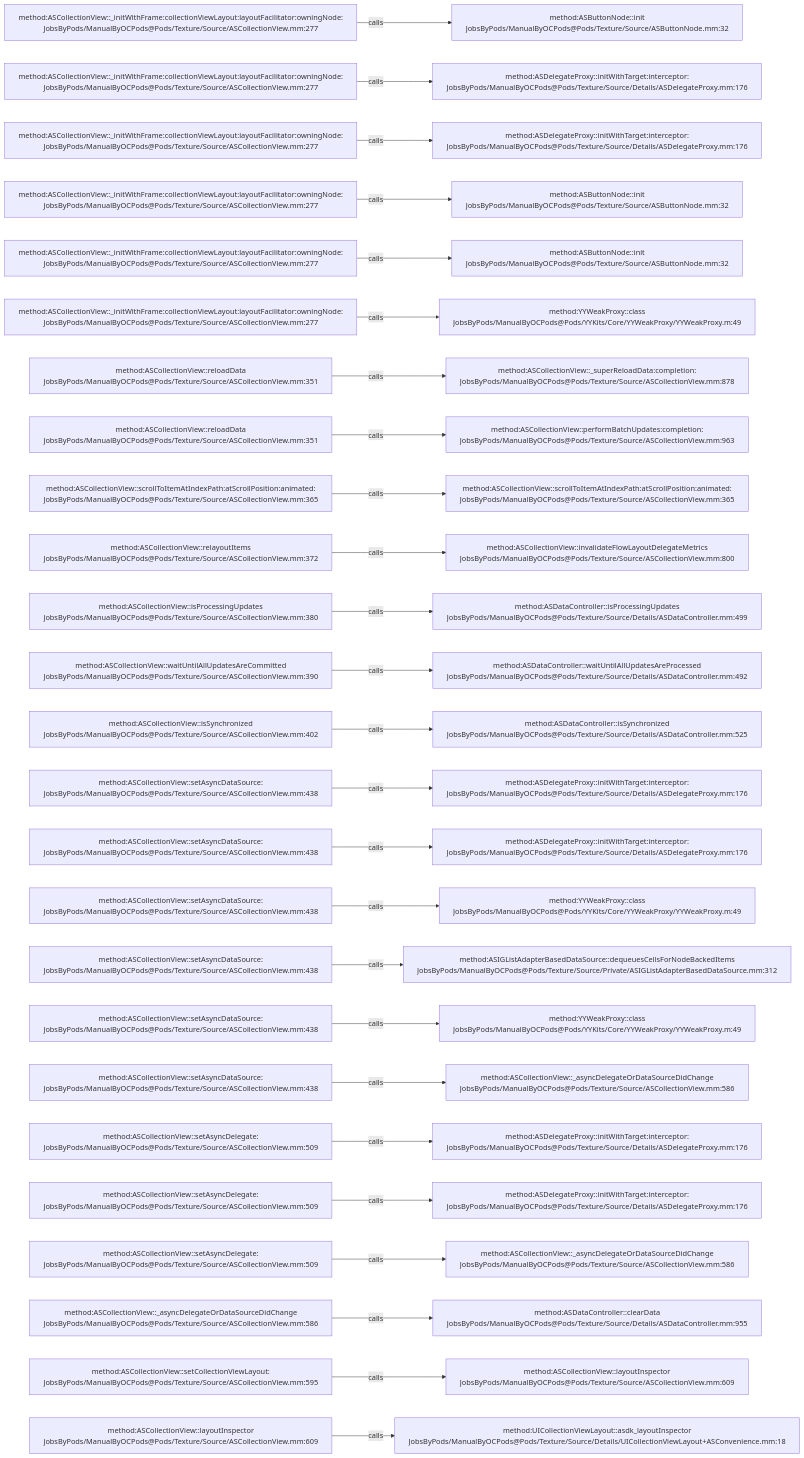
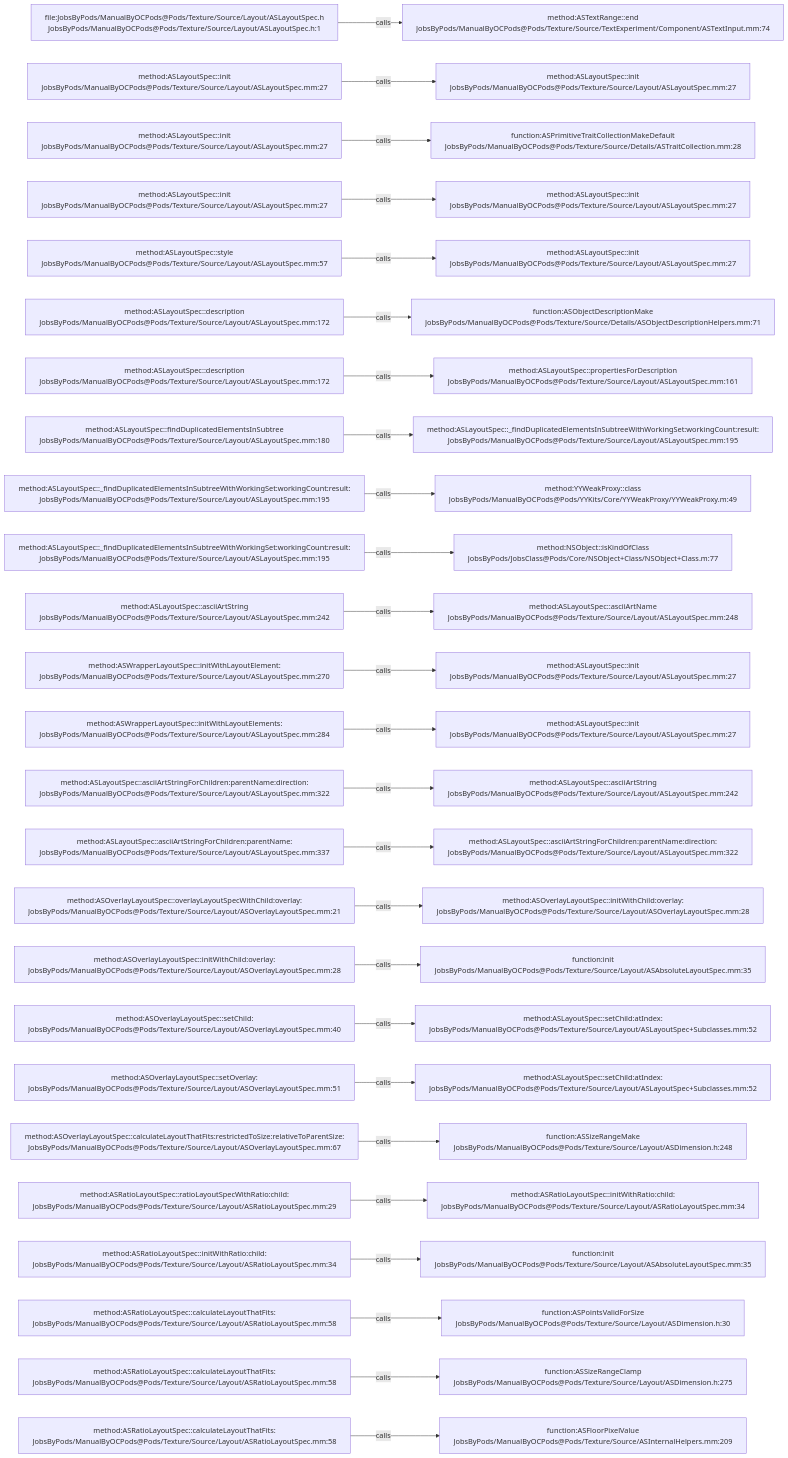
Before and after one commit to JobsKits/JobsOCBaseConfigDemo: the diagram in .codegraph/codegraph.md/graphs/calls-189.md, drawn with Mermaid. The commit also changed 2162 other files, not shown here.

````diff
--- a/.codegraph/codegraph.md/graphs/calls-189.md
+++ b/.codegraph/codegraph.md/graphs/calls-189.md
@@ -13,78 +13,78 @@
 ```mermaid
 flowchart LR
-  S1["method:ASCollectionView::_initWithFrame:collectionViewLayout:layoutFacilitator:owningNode:<br/>JobsByPods/ManualByOCPods@Pods/Texture/Source/ASCollectionView.mm:277"]
-  T1["method:ASButtonNode::init<br/>JobsByPods/ManualByOCPods@Pods/Texture/Source/ASButtonNode.mm:32"]
+  S1["file:JobsByPods/ManualByOCPods@Pods/Texture/Source/Layout/ASLayoutSpec.h<br/>JobsByPods/ManualByOCPods@Pods/Texture/Source/Layout/ASLayoutSpec.h:1"]
+  T1["method:ASTextRange::end<br/>JobsByPods/ManualByOCPods@Pods/Texture/Source/TextExperiment/Component/ASTextInput.mm:74"]
   S1 -->|calls| T1
-  S2["method:ASCollectionView::_initWithFrame:collectionViewLayout:layoutFacilitator:owningNode:<br/>JobsByPods/ManualByOCPods@Pods/Texture/Source/ASCollectionView.mm:277"]
-  T2["method:ASDelegateProxy::initWithTarget:interceptor:<br/>JobsByPods/ManualByOCPods@Pods/Texture/Source/Details/ASDelegateProxy.mm:176"]
+  S2["method:ASLayoutSpec::init<br/>JobsByPods/ManualByOCPods@Pods/Texture/Source/Layout/ASLayoutSpec.mm:27"]
+  T2["method:ASLayoutSpec::init<br/>JobsByPods/ManualByOCPods@Pods/Texture/Source/Layout/ASLayoutSpec.mm:27"]
   S2 -->|calls| T2
-  S3["method:ASCollectionView::_initWithFrame:collectionViewLayout:layoutFacilitator:owningNode:<br/>JobsByPods/ManualByOCPods@Pods/Texture/Source/ASCollectionView.mm:277"]
-  T3["method:ASDelegateProxy::initWithTarget:interceptor:<br/>JobsByPods/ManualByOCPods@Pods/Texture/Source/Details/ASDelegateProxy.mm:176"]
+  S3["method:ASLayoutSpec::init<br/>JobsByPods/ManualByOCPods@Pods/Texture/Source/Layout/ASLayoutSpec.mm:27"]
+  T3["function:ASPrimitiveTraitCollectionMakeDefault<br/>JobsByPods/ManualByOCPods@Pods/Texture/Source/Details/ASTraitCollection.mm:28"]
   S3 -->|calls| T3
-  S4["method:ASCollectionView::_initWithFrame:collectionViewLayout:layoutFacilitator:owningNode:<br/>JobsByPods/ManualByOCPods@Pods/Texture/Source/ASCollectionView.mm:277"]
-  T4["method:ASButtonNode::init<br/>JobsByPods/ManualByOCPods@Pods/Texture/Source/ASButtonNode.mm:32"]
+  S4["method:ASLayoutSpec::init<br/>JobsByPods/ManualByOCPods@Pods/Texture/Source/Layout/ASLayoutSpec.mm:27"]
+  T4["method:ASLayoutSpec::init<br/>JobsByPods/ManualByOCPods@Pods/Texture/Source/Layout/ASLayoutSpec.mm:27"]
   S4 -->|calls| T4
-  S5["method:ASCollectionView::_initWithFrame:collectionViewLayout:layoutFacilitator:owningNode:<br/>JobsByPods/ManualByOCPods@Pods/Texture/Source/ASCollectionView.mm:277"]
-  T5["method:ASButtonNode::init<br/>JobsByPods/ManualByOCPods@Pods/Texture/Source/ASButtonNode.mm:32"]
+  S5["method:ASLayoutSpec::style<br/>JobsByPods/ManualByOCPods@Pods/Texture/Source/Layout/ASLayoutSpec.mm:57"]
+  T5["method:ASLayoutSpec::init<br/>JobsByPods/ManualByOCPods@Pods/Texture/Source/Layout/ASLayoutSpec.mm:27"]
   S5 -->|calls| T5
-  S6["method:ASCollectionView::_initWithFrame:collectionViewLayout:layoutFacilitator:owningNode:<br/>JobsByPods/ManualByOCPods@Pods/Texture/Source/ASCollectionView.mm:277"]
-  T6["method:YYWeakProxy::class<br/>JobsByPods/ManualByOCPods@Pods/YYKits/Core/YYWeakProxy/YYWeakProxy.m:49"]
+  S6["method:ASLayoutSpec::description<br/>JobsByPods/ManualByOCPods@Pods/Texture/Source/Layout/ASLayoutSpec.mm:172"]
+  T6["function:ASObjectDescriptionMake<br/>JobsByPods/ManualByOCPods@Pods/Texture/Source/Details/ASObjectDescriptionHelpers.mm:71"]
   S6 -->|calls| T6
-  S7["method:ASCollectionView::reloadData<br/>JobsByPods/ManualByOCPods@Pods/Texture/Source/ASCollectionView.mm:351"]
-  T7["method:ASCollectionView::_superReloadData:completion:<br/>JobsByPods/ManualByOCPods@Pods/Texture/Source/ASCollectionView.mm:878"]
+  S7["method:ASLayoutSpec::description<br/>JobsByPods/ManualByOCPods@Pods/Texture/Source/Layout/ASLayoutSpec.mm:172"]
+  T7["method:ASLayoutSpec::propertiesForDescription<br/>JobsByPods/ManualByOCPods@Pods/Texture/Source/Layout/ASLayoutSpec.mm:161"]
   S7 -->|calls| T7
-  S8["method:ASCollectionView::reloadData<br/>JobsByPods/ManualByOCPods@Pods/Texture/Source/ASCollectionView.mm:351"]
-  T8["method:ASCollectionView::performBatchUpdates:completion:<br/>JobsByPods/ManualByOCPods@Pods/Texture/Source/ASCollectionView.mm:963"]
+  S8["method:ASLayoutSpec::findDuplicatedElementsInSubtree<br/>JobsByPods/ManualByOCPods@Pods/Texture/Source/Layout/ASLayoutSpec.mm:180"]
+  T8["method:ASLayoutSpec::_findDuplicatedElementsInSubtreeWithWorkingSet:workingCount:result:<br/>JobsByPods/ManualByOCPods@Pods/Texture/Source/Layout/ASLayoutSpec.mm:195"]
   S8 -->|calls| T8
-  S9["method:ASCollectionView::scrollToItemAtIndexPath:atScrollPosition:animated:<br/>JobsByPods/ManualByOCPods@Pods/Texture/Source/ASCollectionView.mm:365"]
-  T9["method:ASCollectionView::scrollToItemAtIndexPath:atScrollPosition:animated:<br/>JobsByPods/ManualByOCPods@Pods/Texture/Source/ASCollectionView.mm:365"]
+  S9["method:ASLayoutSpec::_findDuplicatedElementsInSubtreeWithWorkingSet:workingCount:result:<br/>JobsByPods/ManualByOCPods@Pods/Texture/Source/Layout/ASLayoutSpec.mm:195"]
+  T9["method:YYWeakProxy::class<br/>JobsByPods/ManualByOCPods@Pods/YYKits/Core/YYWeakProxy/YYWeakProxy.m:49"]
   S9 -->|calls| T9
-  S10["method:ASCollectionView::relayoutItems<br/>JobsByPods/ManualByOCPods@Pods/Texture/Source/ASCollectionView.mm:372"]
-  T10["method:ASCollectionView::invalidateFlowLayoutDelegateMetrics<br/>JobsByPods/ManualByOCPods@Pods/Texture/Source/ASCollectionView.mm:800"]
+  S10["method:ASLayoutSpec::_findDuplicatedElementsInSubtreeWithWorkingSet:workingCount:result:<br/>JobsByPods/ManualByOCPods@Pods/Texture/Source/Layout/ASLayoutSpec.mm:195"]
+  T10["method:NSObject::isKindOfClass<br/>JobsByPods/JobsClass@Pods/Core/NSObject+Class/NSObject+Class.m:77"]
   S10 -->|calls| T10
-  S11["method:ASCollectionView::isProcessingUpdates<br/>JobsByPods/ManualByOCPods@Pods/Texture/Source/ASCollectionView.mm:380"]
-  T11["method:ASDataController::isProcessingUpdates<br/>JobsByPods/ManualByOCPods@Pods/Texture/Source/Details/ASDataController.mm:499"]
+  S11["method:ASLayoutSpec::asciiArtString<br/>JobsByPods/ManualByOCPods@Pods/Texture/Source/Layout/ASLayoutSpec.mm:242"]
+  T11["method:ASLayoutSpec::asciiArtName<br/>JobsByPods/ManualByOCPods@Pods/Texture/Source/Layout/ASLayoutSpec.mm:248"]
   S11 -->|calls| T11
-  S12["method:ASCollectionView::waitUntilAllUpdatesAreCommitted<br/>JobsByPods/ManualByOCPods@Pods/Texture/Source/ASCollectionView.mm:390"]
-  T12["method:ASDataController::waitUntilAllUpdatesAreProcessed<br/>JobsByPods/ManualByOCPods@Pods/Texture/Source/Details/ASDataController.mm:492"]
+  S12["method:ASWrapperLayoutSpec::initWithLayoutElement:<br/>JobsByPods/ManualByOCPods@Pods/Texture/Source/Layout/ASLayoutSpec.mm:270"]
+  T12["method:ASLayoutSpec::init<br/>JobsByPods/ManualByOCPods@Pods/Texture/Source/Layout/ASLayoutSpec.mm:27"]
   S12 -->|calls| T12
-  S13["method:ASCollectionView::isSynchronized<br/>JobsByPods/ManualByOCPods@Pods/Texture/Source/ASCollectionView.mm:402"]
-  T13["method:ASDataController::isSynchronized<br/>JobsByPods/ManualByOCPods@Pods/Texture/Source/Details/ASDataController.mm:525"]
+  S13["method:ASWrapperLayoutSpec::initWithLayoutElements:<br/>JobsByPods/ManualByOCPods@Pods/Texture/Source/Layout/ASLayoutSpec.mm:284"]
+  T13["method:ASLayoutSpec::init<br/>JobsByPods/ManualByOCPods@Pods/Texture/Source/Layout/ASLayoutSpec.mm:27"]
   S13 -->|calls| T13
-  S14["method:ASCollectionView::setAsyncDataSource:<br/>JobsByPods/ManualByOCPods@Pods/Texture/Source/ASCollectionView.mm:438"]
-  T14["method:ASDelegateProxy::initWithTarget:interceptor:<br/>JobsByPods/ManualByOCPods@Pods/Texture/Source/Details/ASDelegateProxy.mm:176"]
+  S14["method:ASLayoutSpec::asciiArtStringForChildren:parentName:direction:<br/>JobsByPods/ManualByOCPods@Pods/Texture/Source/Layout/ASLayoutSpec.mm:322"]
+  T14["method:ASLayoutSpec::asciiArtString<br/>JobsByPods/ManualByOCPods@Pods/Texture/Source/Layout/ASLayoutSpec.mm:242"]
   S14 -->|calls| T14
-  S15["method:ASCollectionView::setAsyncDataSource:<br/>JobsByPods/ManualByOCPods@Pods/Texture/Source/ASCollectionView.mm:438"]
-  T15["method:ASDelegateProxy::initWithTarget:interceptor:<br/>JobsByPods/ManualByOCPods@Pods/Texture/Source/Details/ASDelegateProxy.mm:176"]
+  S15["method:ASLayoutSpec::asciiArtStringForChildren:parentName:<br/>JobsByPods/ManualByOCPods@Pods/Texture/Source/Layout/ASLayoutSpec.mm:337"]
+  T15["method:ASLayoutSpec::asciiArtStringForChildren:parentName:direction:<br/>JobsByPods/ManualByOCPods@Pods/Texture/Source/Layout/ASLayoutSpec.mm:322"]
   S15 -->|calls| T15
-  S16["method:ASCollectionView::setAsyncDataSource:<br/>JobsByPods/ManualByOCPods@Pods/Texture/Source/ASCollectionView.mm:438"]
-  T16["method:YYWeakProxy::class<br/>JobsByPods/ManualByOCPods@Pods/YYKits/Core/YYWeakProxy/YYWeakProxy.m:49"]
+  S16["method:ASOverlayLayoutSpec::overlayLayoutSpecWithChild:overlay:<br/>JobsByPods/ManualByOCPods@Pods/Texture/Source/Layout/ASOverlayLayoutSpec.mm:21"]
+  T16["method:ASOverlayLayoutSpec::initWithChild:overlay:<br/>JobsByPods/ManualByOCPods@Pods/Texture/Source/Layout/ASOverlayLayoutSpec.mm:28"]
   S16 -->|calls| T16
-  S17["method:ASCollectionView::setAsyncDataSource:<br/>JobsByPods/ManualByOCPods@Pods/Texture/Source/ASCollectionView.mm:438"]
-  T17["method:ASIGListAdapterBasedDataSource::dequeuesCellsForNodeBackedItems<br/>JobsByPods/ManualByOCPods@Pods/Texture/Source/Private/ASIGListAdapterBasedDataSource.mm:312"]
+  S17["method:ASOverlayLayoutSpec::initWithChild:overlay:<br/>JobsByPods/ManualByOCPods@Pods/Texture/Source/Layout/ASOverlayLayoutSpec.mm:28"]
+  T17["function:init<br/>JobsByPods/ManualByOCPods@Pods/Texture/Source/Layout/ASAbsoluteLayoutSpec.mm:35"]
   S17 -->|calls| T17
-  S18["method:ASCollectionView::setAsyncDataSource:<br/>JobsByPods/ManualByOCPods@Pods/Texture/Source/ASCollectionView.mm:438"]
-  T18["method:YYWeakProxy::class<br/>JobsByPods/ManualByOCPods@Pods/YYKits/Core/YYWeakProxy/YYWeakProxy.m:49"]
+  S18["method:ASOverlayLayoutSpec::setChild:<br/>JobsByPods/ManualByOCPods@Pods/Texture/Source/Layout/ASOverlayLayoutSpec.mm:40"]
+  T18["method:ASLayoutSpec::setChild:atIndex:<br/>JobsByPods/ManualByOCPods@Pods/Texture/Source/Layout/ASLayoutSpec+Subclasses.mm:52"]
   S18 -->|calls| T18
-  S19["method:ASCollectionView::setAsyncDataSource:<br/>JobsByPods/ManualByOCPods@Pods/Texture/Source/ASCollectionView.mm:438"]
-  T19["method:ASCollectionView::_asyncDelegateOrDataSourceDidChange<br/>JobsByPods/ManualByOCPods@Pods/Texture/Source/ASCollectionView.mm:586"]
+  S19["method:ASOverlayLayoutSpec::setOverlay:<br/>JobsByPods/ManualByOCPods@Pods/Texture/Source/Layout/ASOverlayLayoutSpec.mm:51"]
+  T19["method:ASLayoutSpec::setChild:atIndex:<br/>JobsByPods/ManualByOCPods@Pods/Texture/Source/Layout/ASLayoutSpec+Subclasses.mm:52"]
   S19 -->|calls| T19
-  S20["method:ASCollectionView::setAsyncDelegate:<br/>JobsByPods/ManualByOCPods@Pods/Texture/Source/ASCollectionView.mm:509"]
-  T20["method:ASDelegateProxy::initWithTarget:interceptor:<br/>JobsByPods/ManualByOCPods@Pods/Texture/Source/Details/ASDelegateProxy.mm:176"]
+  S20["method:ASOverlayLayoutSpec::calculateLayoutThatFits:restrictedToSize:relativeToParentSize:<br/>JobsByPods/ManualByOCPods@Pods/Texture/Source/Layout/ASOverlayLayoutSpec.mm:67"]
+  T20["function:ASSizeRangeMake<br/>JobsByPods/ManualByOCPods@Pods/Texture/Source/Layout/ASDimension.h:248"]
   S20 -->|calls| T20
-  S21["method:ASCollectionView::setAsyncDelegate:<br/>JobsByPods/ManualByOCPods@Pods/Texture/Source/ASCollectionView.mm:509"]
-  T21["method:ASDelegateProxy::initWithTarget:interceptor:<br/>JobsByPods/ManualByOCPods@Pods/Texture/Source/Details/ASDelegateProxy.mm:176"]
+  S21["method:ASRatioLayoutSpec::ratioLayoutSpecWithRatio:child:<br/>JobsByPods/ManualByOCPods@Pods/Texture/Source/Layout/ASRatioLayoutSpec.mm:29"]
+  T21["method:ASRatioLayoutSpec::initWithRatio:child:<br/>JobsByPods/ManualByOCPods@Pods/Texture/Source/Layout/ASRatioLayoutSpec.mm:34"]
   S21 -->|calls| T21
-  S22["method:ASCollectionView::setAsyncDelegate:<br/>JobsByPods/ManualByOCPods@Pods/Texture/Source/ASCollectionView.mm:509"]
-  T22["method:ASCollectionView::_asyncDelegateOrDataSourceDidChange<br/>JobsByPods/ManualByOCPods@Pods/Texture/Source/ASCollectionView.mm:586"]
+  S22["method:ASRatioLayoutSpec::initWithRatio:child:<br/>JobsByPods/ManualByOCPods@Pods/Texture/Source/Layout/ASRatioLayoutSpec.mm:34"]
+  T22["function:init<br/>JobsByPods/ManualByOCPods@Pods/Texture/Source/Layout/ASAbsoluteLayoutSpec.mm:35"]
   S22 -->|calls| T22
-  S23["method:ASCollectionView::_asyncDelegateOrDataSourceDidChange<br/>JobsByPods/ManualByOCPods@Pods/Texture/Source/ASCollectionView.mm:586"]
-  T23["method:ASDataController::clearData<br/>JobsByPods/ManualByOCPods@Pods/Texture/Source/Details/ASDataController.mm:955"]
+  S23["method:ASRatioLayoutSpec::calculateLayoutThatFits:<br/>JobsByPods/ManualByOCPods@Pods/Texture/Source/Layout/ASRatioLayoutSpec.mm:58"]
+  T23["function:ASPointsValidForSize<br/>JobsByPods/ManualByOCPods@Pods/Texture/Source/Layout/ASDimension.h:30"]
   S23 -->|calls| T23
-  S24["method:ASCollectionView::setCollectionViewLayout:<br/>JobsByPods/ManualByOCPods@Pods/Texture/Source/ASCollectionView.mm:595"]
-  T24["method:ASCollectionView::layoutInspector<br/>JobsByPods/ManualByOCPods@Pods/Texture/Source/ASCollectionView.mm:609"]
+  S24["method:ASRatioLayoutSpec::calculateLayoutThatFits:<br/>JobsByPods/ManualByOCPods@Pods/Texture/Source/Layout/ASRatioLayoutSpec.mm:58"]
+  T24["function:ASSizeRangeClamp<br/>JobsByPods/ManualByOCPods@Pods/Texture/Source/Layout/ASDimension.h:275"]
   S24 -->|calls| T24
-  S25["method:ASCollectionView::layoutInspector<br/>JobsByPods/ManualByOCPods@Pods/Texture/Source/ASCollectionView.mm:609"]
-  T25["method:UICollectionViewLayout::asdk_layoutInspector<br/>JobsByPods/ManualByOCPods@Pods/Texture/Source/Details/UICollectionViewLayout+ASConvenience.mm:18"]
+  S25["method:ASRatioLayoutSpec::calculateLayoutThatFits:<br/>JobsByPods/ManualByOCPods@Pods/Texture/Source/Layout/ASRatioLayoutSpec.mm:58"]
+  T25["function:ASFloorPixelValue<br/>JobsByPods/ManualByOCPods@Pods/Texture/Source/ASInternalHelpers.mm:209"]
   S25 -->|calls| T25
 ```
````
